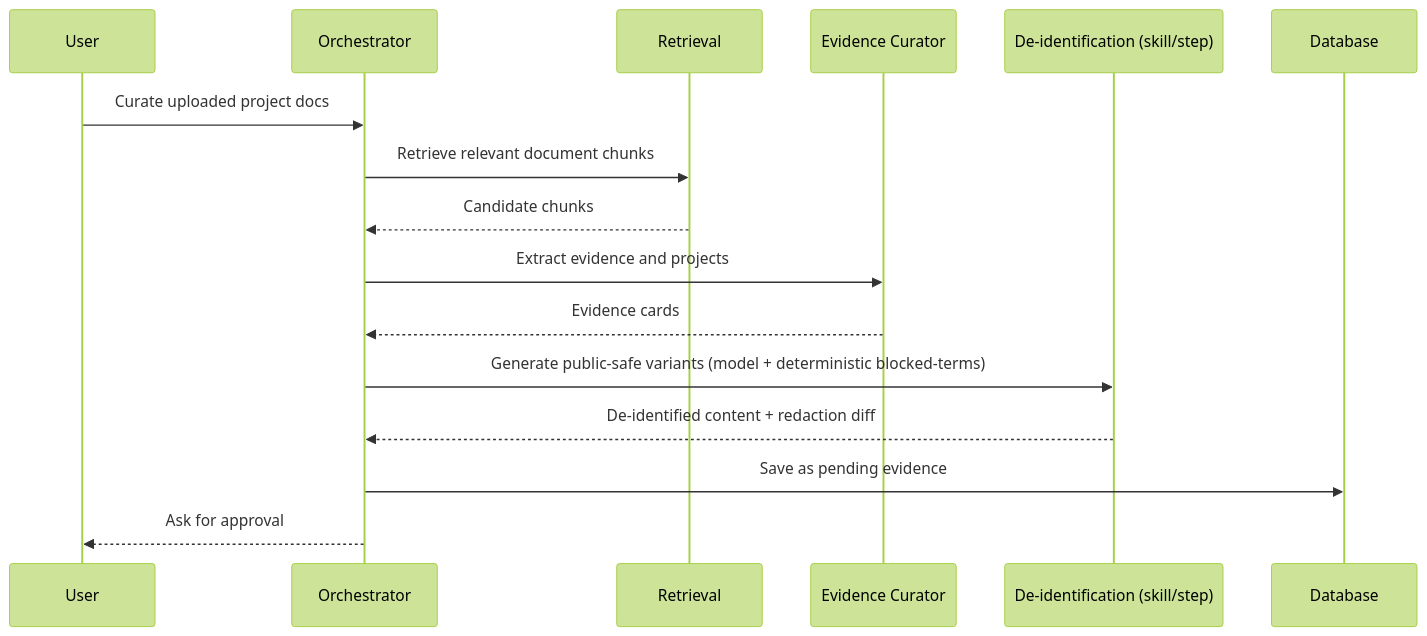
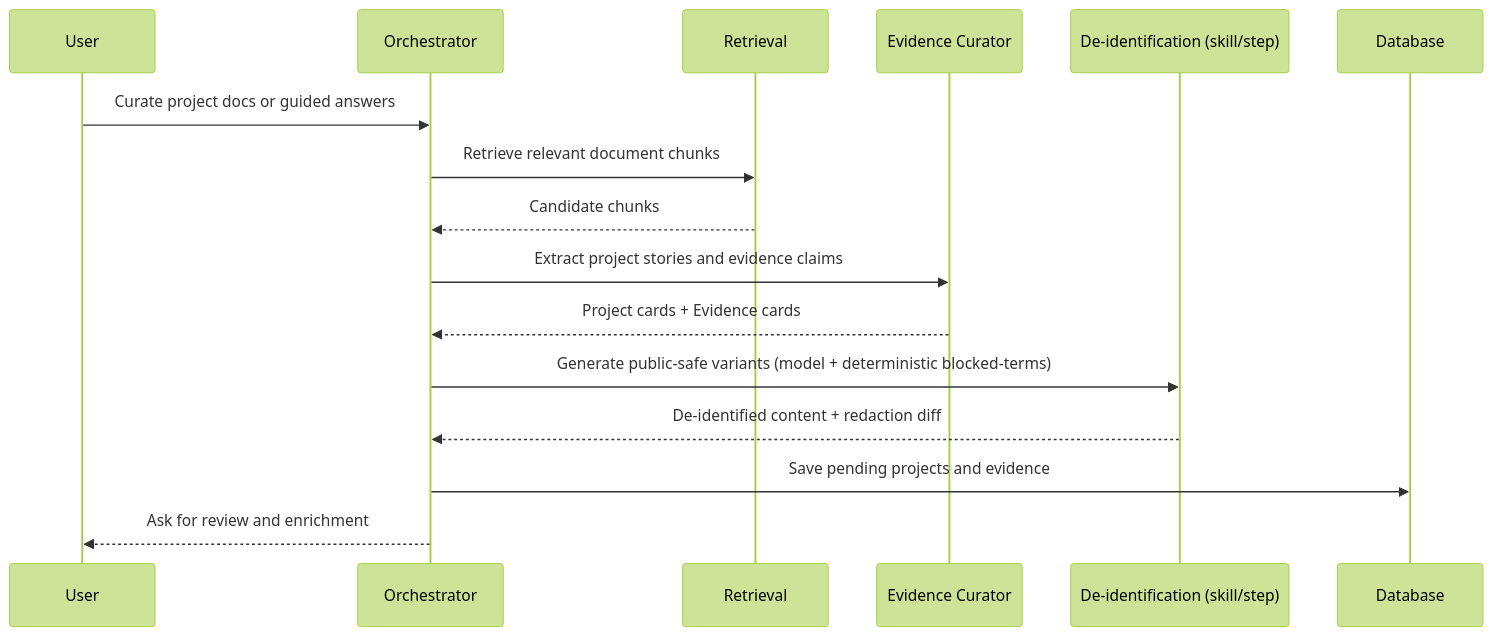
The fourth of 8 diagrams in docs/design-doc.md (jkL970910/JobDesk), drawn with Mermaid (forest theme) before and after one commit. The commit also changed other lines of this file and 12 other files, not shown here.

````diff
--- a/docs/design-doc.md
+++ b/docs/design-doc.md
@@ -1158,19 +1281,19 @@
 ```mermaid
 sequenceDiagram
   participant U as User
   participant OR as Orchestrator
   participant R as Retrieval
   participant A as Evidence Curator
   participant D as De-identification (skill/step)
   participant DB as Database
 
-  U->>OR: Curate uploaded project docs
+  U->>OR: Curate project docs or guided answers
   OR->>R: Retrieve relevant document chunks
   R-->>OR: Candidate chunks
-  OR->>A: Extract evidence and projects
-  A-->>OR: Evidence cards
+  OR->>A: Extract project stories and evidence claims
+  A-->>OR: Project cards + Evidence cards
   OR->>D: Generate public-safe variants (model + deterministic blocked-terms)
   D-->>OR: De-identified content + redaction diff
-  OR->>DB: Save as pending evidence
-  OR-->>U: Ask for approval
+  OR->>DB: Save pending projects and evidence
+  OR-->>U: Ask for review and enrichment
 ```
````
